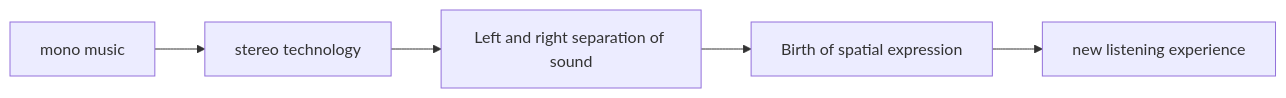
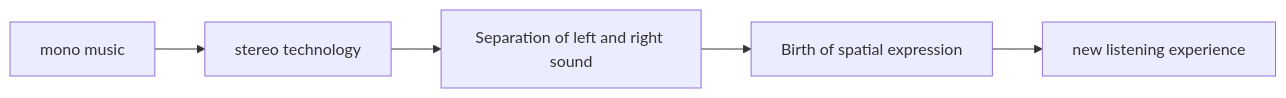
The first of 6 diagrams in en/_posts/2026-03-21-column-esquivel.md (monumental-movement/monumental-movement.github.io), drawn with Mermaid before and after one commit. The commit also changed other lines of this file and 399 other files, not shown here.

```diff
--- a/en/_posts/2026-03-21-column-esquivel.md
+++ b/en/_posts/2026-03-21-column-esquivel.md
@@ -76,7 +76,7 @@
 <div class="mermaid">
 graph LR
 A[mono music] --> B[stereo technology]
-B --> C[Left and right separation of sound]
+B --> C[Separation of left and right sound]
 C --> D[Birth of spatial expression]
 D --> E[new listening experience]
 </div>
```
